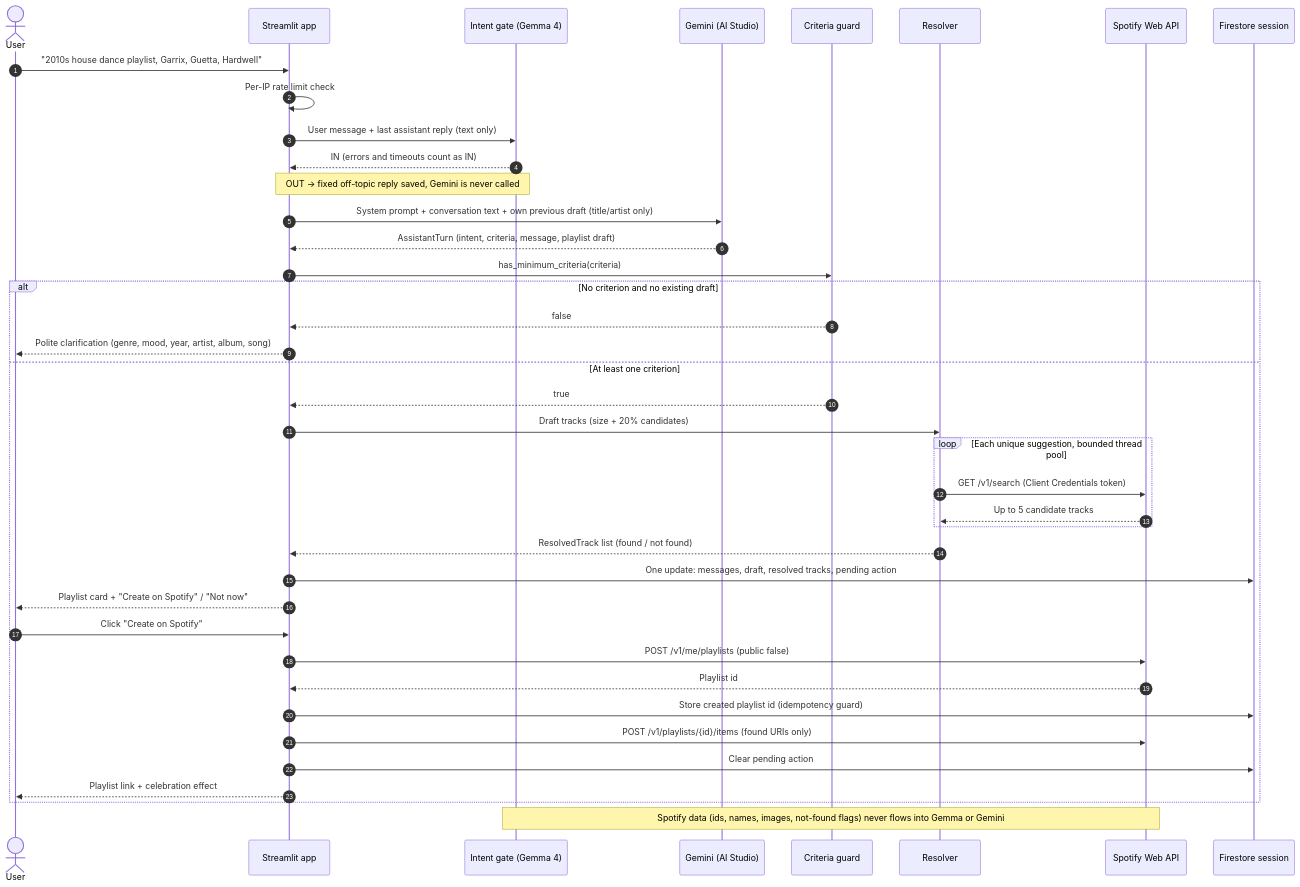
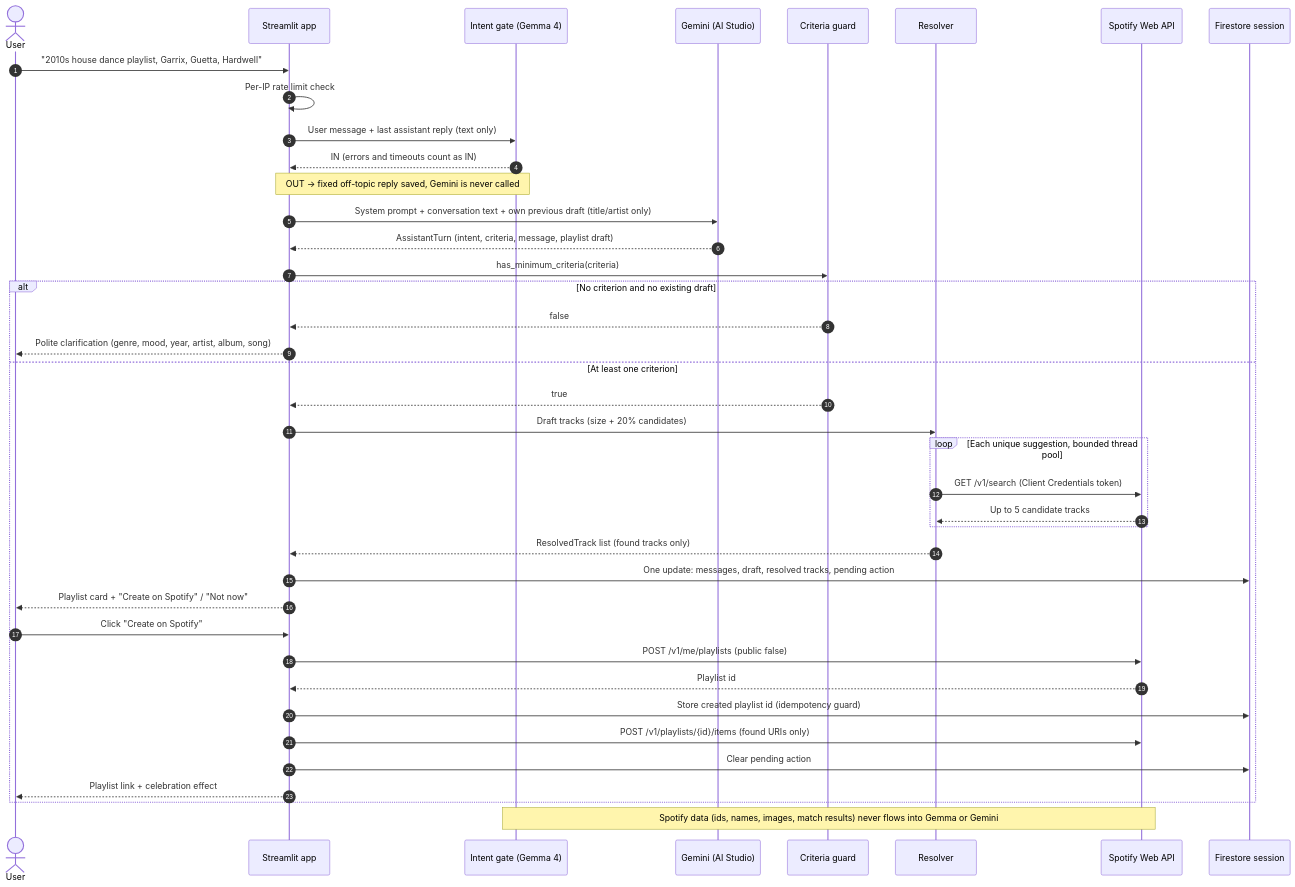
Before and after one commit to maurorusso22/ai-playlist-generator: the diagram in README.md, drawn with Mermaid. The commit also changed other lines of this file, not shown here.

Commit message:
docs: describe dropping tracks not found on Spotify

````diff
--- a/README.md
+++ b/README.md
@@ -97,43 +97,43 @@
 ```mermaid
 sequenceDiagram
     autonumber
     actor U as User
     participant UI as Streamlit app
     participant IG as Intent gate (Gemma 4)
     participant LLM as Gemini (AI Studio)
     participant G as Criteria guard
     participant R as Resolver
     participant SP as Spotify Web API
     participant FS as Firestore session
 
     U->>UI: "2010s house dance playlist, Garrix, Guetta, Hardwell"
     UI->>UI: Per-IP rate limit check
     UI->>IG: User message + last assistant reply (text only)
     IG-->>UI: IN (errors and timeouts count as IN)
     Note over UI,IG: OUT → fixed off-topic reply saved, Gemini is never called
     UI->>LLM: System prompt + conversation text + own previous draft (title/artist only)
     LLM-->>UI: AssistantTurn (intent, criteria, message, playlist draft)
     UI->>G: has_minimum_criteria(criteria)
     alt No criterion and no existing draft
         G-->>UI: false
         UI-->>U: Polite clarification (genre, mood, year, artist, album, song)
     else At least one criterion
         G-->>UI: true
         UI->>R: Draft tracks (size + 20% candidates)
         loop Each unique suggestion, bounded thread pool
             R->>SP: GET /v1/search (Client Credentials token)
             SP-->>R: Up to 5 candidate tracks
         end
-        R-->>UI: ResolvedTrack list (found / not found)
+        R-->>UI: ResolvedTrack list (found tracks only)
         UI->>FS: One update: messages, draft, resolved tracks, pending action
         UI-->>U: Playlist card + "Create on Spotify" / "Not now"
         U->>UI: Click "Create on Spotify"
         UI->>SP: POST /v1/me/playlists (public false)
         SP-->>UI: Playlist id
         UI->>FS: Store created playlist id (idempotency guard)
         UI->>SP: POST /v1/playlists/{id}/items (found URIs only)
         UI->>FS: Clear pending action
         UI-->>U: Playlist link + celebration effect
     end
-    Note over IG,SP: Spotify data (ids, names, images, not-found flags) never flows into Gemma or Gemini
+    Note over IG,SP: Spotify data (ids, names, images, match results) never flows into Gemma or Gemini
 ```
````
